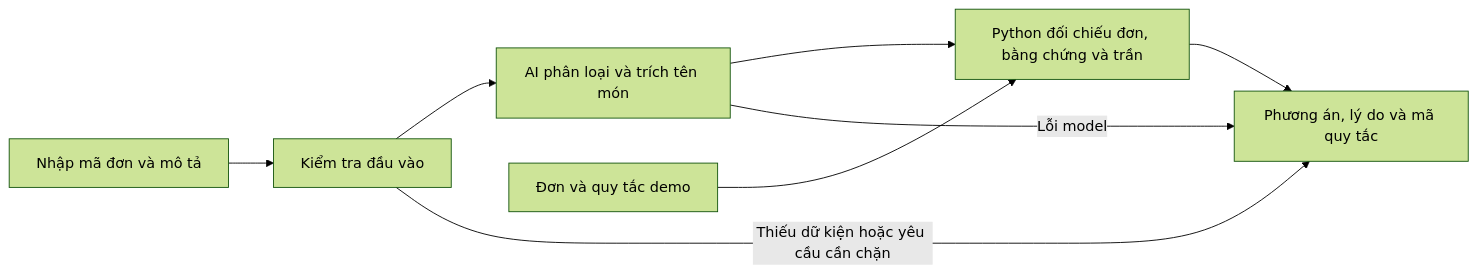
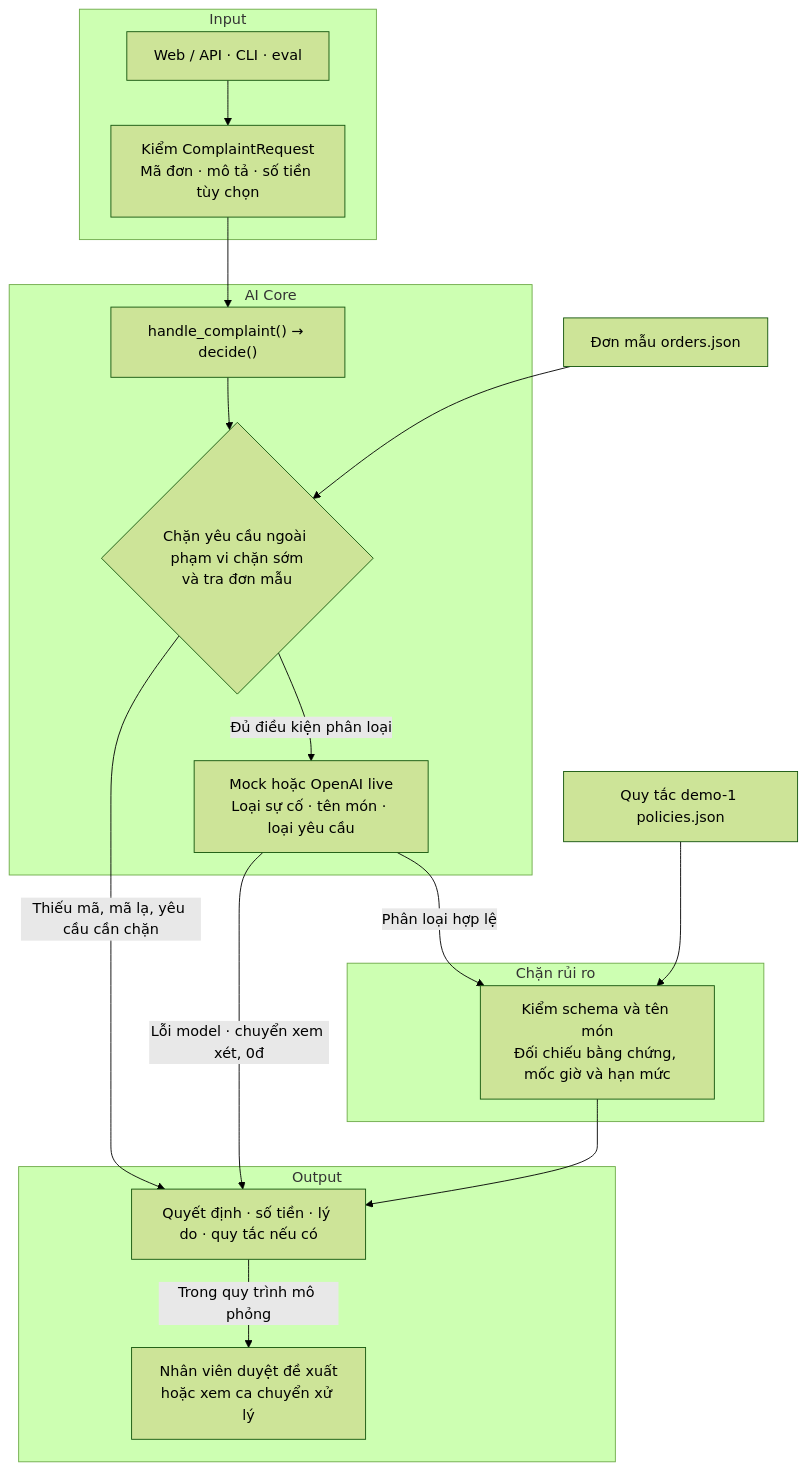
One commit to NguyenDacThe/K5-Day15-L3A-BDHT changed the diagram in spec.md. Above: the diagram before and after it, drawn with Mermaid (forest theme). The commit also changed other lines of this file, not shown here.

````diff
--- a/spec.md
+++ b/spec.md
@@ -40,10 +41,30 @@
-  ```mermaid
-  flowchart LR
-      A["Nhập mã đơn và mô tả"] --> B["Kiểm tra đầu vào"]
-      B --> C["AI phân loại và trích tên món"]
-      C --> D["Python đối chiếu đơn, bằng chứng và trần"]
-      F["Đơn và quy tắc demo"] --> D
-      D --> E["Phương án, lý do và mã quy tắc"]
-      B -->|"Thiếu dữ kiện hoặc yêu cầu cần chặn"| E
-      C -->|"Lỗi model"| E
-  ```
+```mermaid
+flowchart TD
+    subgraph input_stage ["Input"]
+        Input["Web / API · CLI · eval"]
+        Request["Kiểm ComplaintRequest<br/>Mã đơn · mô tả · số tiền tùy chọn"]
+        Input --> Request
+    end
+    subgraph core_stage ["AI Core"]
+        Service["handle_complaint() → decide()"]
+        Precheck{"Chặn yêu cầu ngoài phạm vi chặn sớm<br/>và tra đơn mẫu"}
+        Classify["Mock hoặc OpenAI live<br/>Loại sự cố · tên món · loại yêu cầu"]
+        Service --> Precheck
+        Precheck -->|"Đủ điều kiện phân loại"| Classify
+    end
+    subgraph guard_stage ["Chặn rủi ro"]
+        Verify["Kiểm schema và tên món<br/>Đối chiếu bằng chứng, mốc giờ và hạn mức"]
+    end
+    subgraph output_stage ["Output"]
+        Result["Quyết định · số tiền · lý do · quy tắc nếu có"]
+        Review["Nhân viên duyệt đề xuất<br/>hoặc xem ca chuyển xử lý"]
+        Result -->|"Trong quy trình mô phỏng"| Review
+    end
+    Orders["Đơn mẫu orders.json"] --> Precheck
+    Rules["Quy tắc demo-1 policies.json"] --> Verify
+    Request --> Service
+    Precheck -->|"Thiếu mã, mã lạ, yêu cầu cần chặn"| Result
+    Classify -->|"Phân loại hợp lệ"| Verify
+    Classify -->|"Lỗi model · chuyển xem xét, 0đ"| Result
+    Verify --> Result
+```
````
